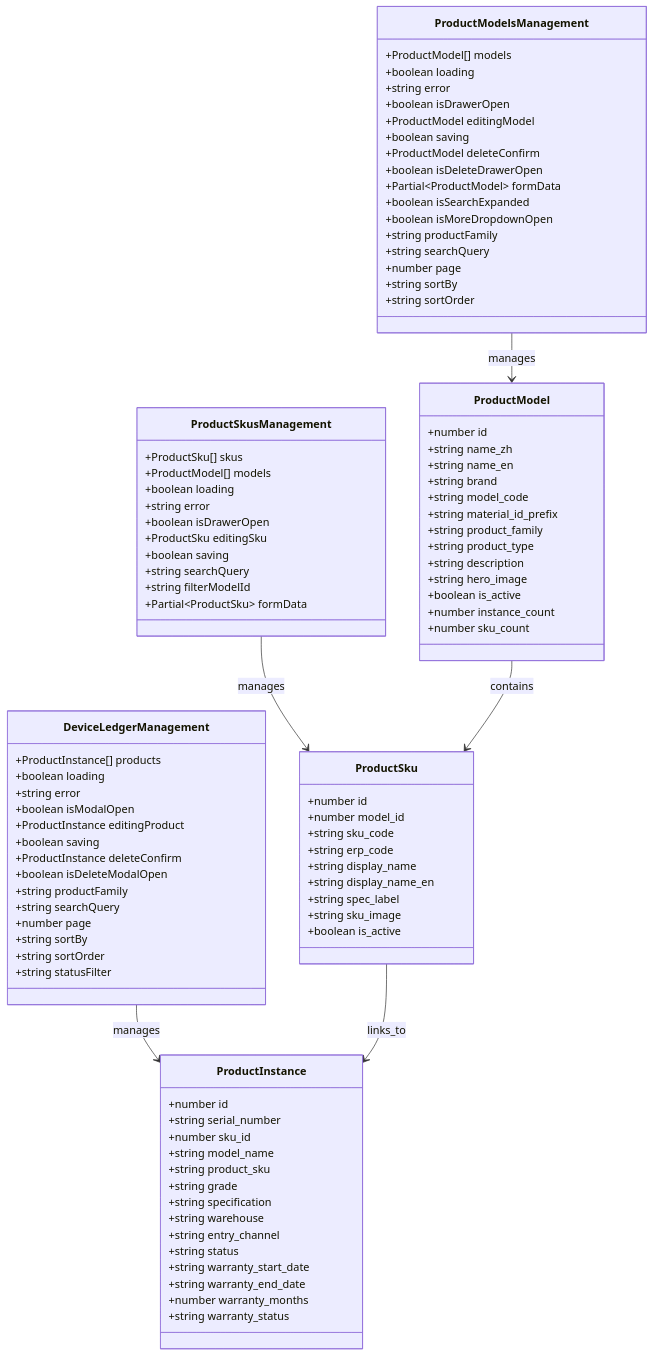
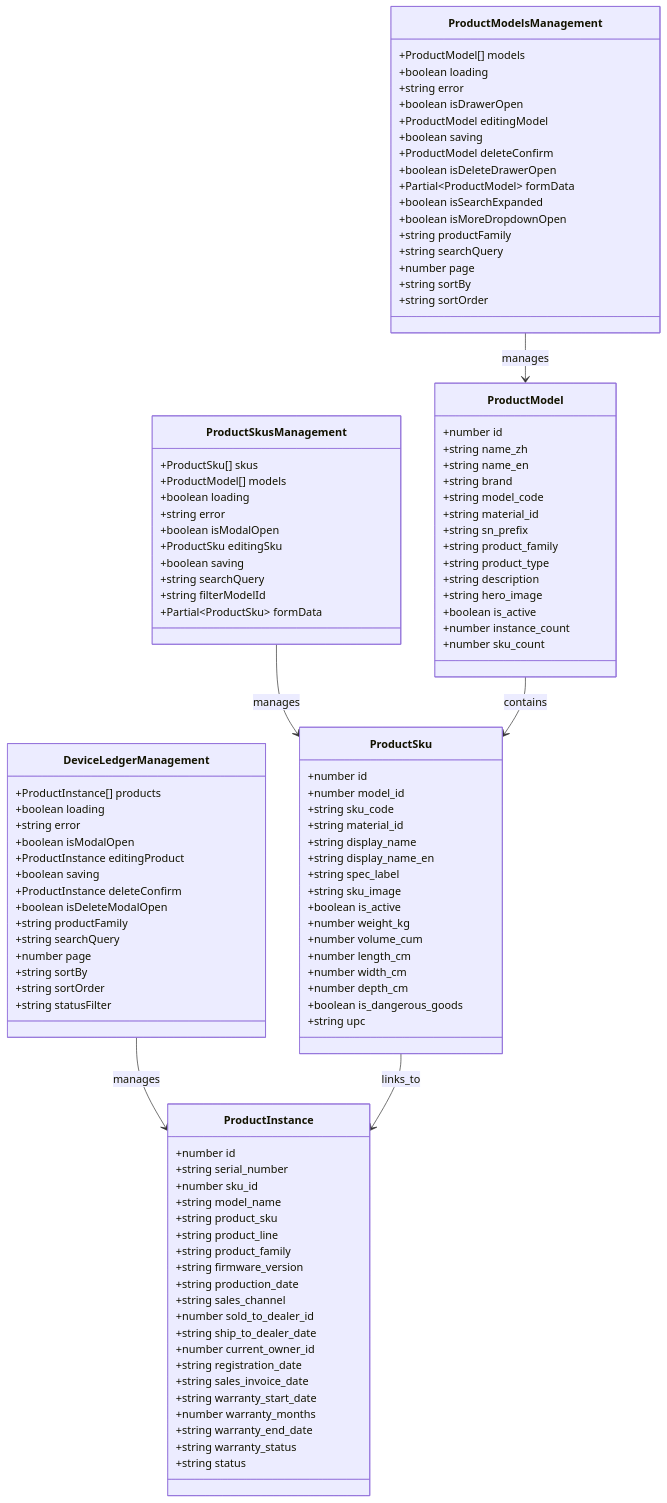
Before and after one commit to CubeEdge/Longhorn: the fourth of 14 diagrams in .qoder/repowiki/zh/content/前端组件架构/产品管理界面/产品管理界面.md, drawn with Mermaid. The commit also changed other lines of this file and 53 other files, not shown here.

```diff
--- a/.qoder/repowiki/zh/content/前端组件架构/产品管理界面/产品管理界面.md
+++ b/.qoder/repowiki/zh/content/前端组件架构/产品管理界面/产品管理界面.md
@@ -232,7 +221,8 @@
 +string name_en
 +string brand
 +string model_code
-+string material_id_prefix
++string material_id
++string sn_prefix
 +string product_family
 +string product_type
 +string description
@@ -245,12 +235,19 @@
 +number id
 +number model_id
 +string sku_code
-+string erp_code
++string material_id
 +string display_name
 +string display_name_en
 +string spec_label
 +string sku_image
 +boolean is_active
++number weight_kg
++number volume_cum
++number length_cm
++number width_cm
++number depth_cm
++boolean is_dangerous_goods
++string upc
 }
 class ProductInstance {
 +number id
@@ -258,15 +255,21 @@
 +number sku_id
 +string model_name
 +string product_sku
-+string grade
-+string specification
-+string warehouse
-+string entry_channel
++string product_line
++string product_family
++string firmware_version
++string production_date
++string sales_channel
++number sold_to_dealer_id
++string ship_to_dealer_date
++number current_owner_id
++string registration_date
++string sales_invoice_date
++string warranty_start_date
++number warranty_months
++string warranty_end_date
++string warranty_status
 +string status
-+string warranty_start_date
-+string warranty_end_date
-+number warranty_months
-+string warranty_status
 }
 class ProductModelsManagement {
 +ProductModel[] models
@@ -291,7 +294,7 @@
 +ProductModel[] models
 +boolean loading
 +string error
-+boolean isDrawerOpen
++boolean isModalOpen
 +ProductSku editingSku
 +boolean saving
 +string searchQuery
```
